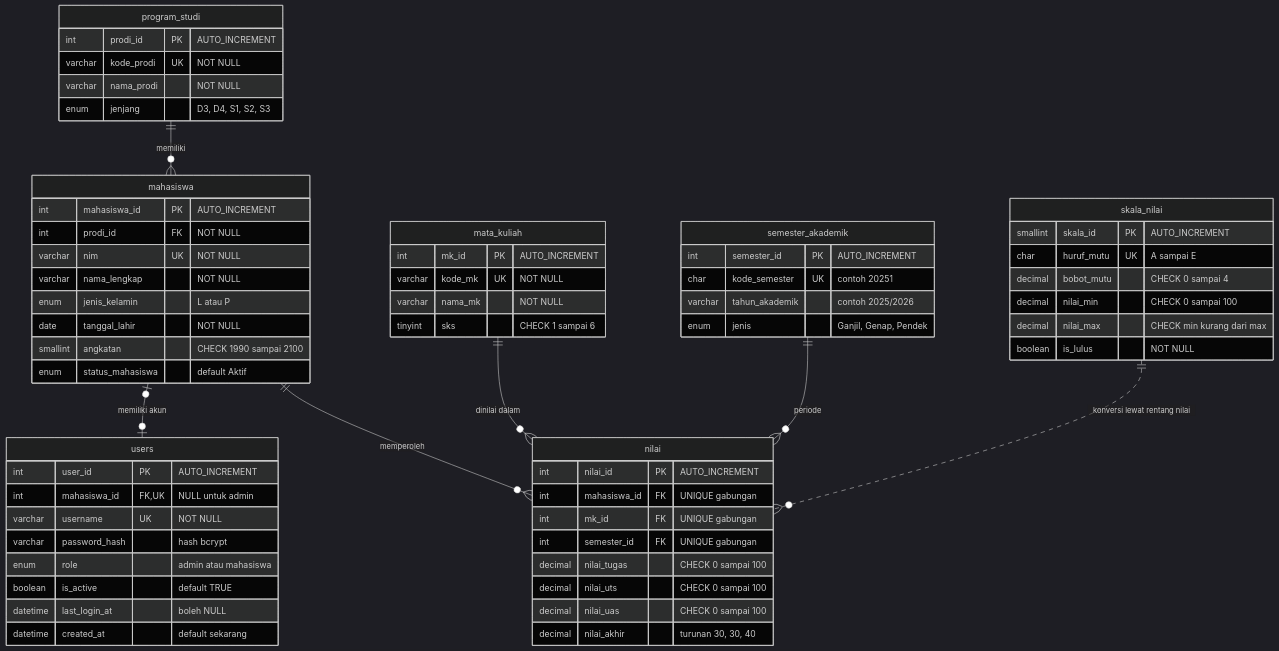
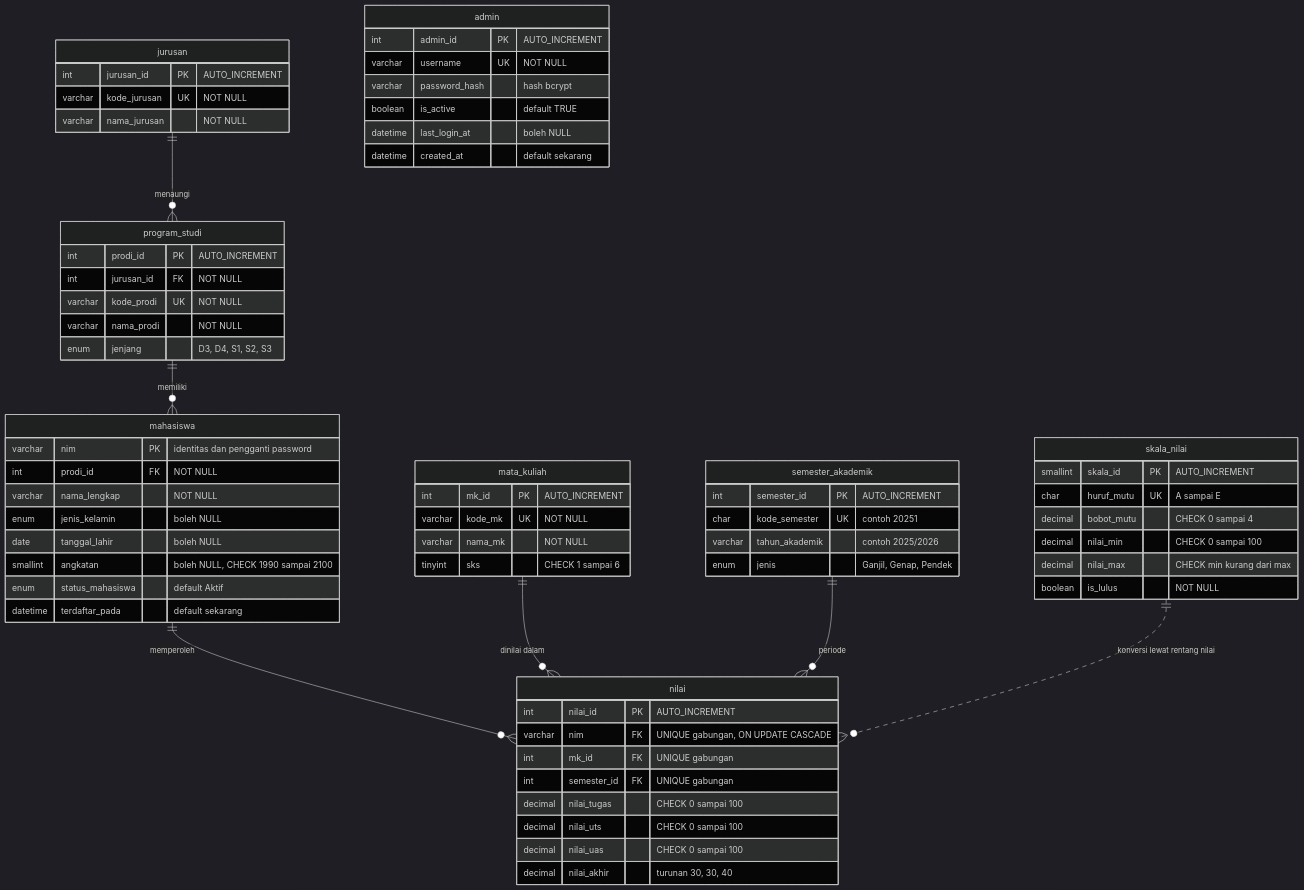
One commit to rhalstlyapp/AcademicManagementSystem changed the diagram in README.md. Above: the diagram before and after it, drawn with Mermaid (dark theme). The commit also changed other lines of this file and 26 other files, not shown here.

````diff
--- a/README.md
+++ b/README.md
@@ -46,66 +55,70 @@
 ```mermaid
 erDiagram
+    jurusan ||--o{ program_studi : "menaungi"
     program_studi ||--o{ mahasiswa : "memiliki"
     mahasiswa ||--o{ nilai : "memperoleh"
     mata_kuliah ||--o{ nilai : "dinilai dalam"
     semester_akademik ||--o{ nilai : "periode"
     skala_nilai ||..o{ nilai : "konversi lewat rentang nilai"
-    mahasiswa |o--o| users : "memiliki akun"
 
+    jurusan {
+        int jurusan_id PK "AUTO_INCREMENT"
+        varchar kode_jurusan UK "NOT NULL"
+        varchar nama_jurusan "NOT NULL"
+    }
     program_studi {
         int prodi_id PK "AUTO_INCREMENT"
+        int jurusan_id FK "NOT NULL"
         varchar kode_prodi UK "NOT NULL"
         varchar nama_prodi "NOT NULL"
         enum jenjang "D3, D4, S1, S2, S3"
     }
     mahasiswa {
-        int mahasiswa_id PK "AUTO_INCREMENT"
+        varchar nim PK "identitas dan pengganti password"
         int prodi_id FK "NOT NULL"
-        varchar nim UK "NOT NULL"
         varchar nama_lengkap "NOT NULL"
-        enum jenis_kelamin "L atau P"
-        date tanggal_lahir "NOT NULL"
-        smallint angkatan "CHECK 1990 sampai 2100"
+        enum jenis_kelamin "boleh NULL"
+        date tanggal_lahir "boleh NULL"
+        smallint angkatan "boleh NULL, CHECK 1990 sampai 2100"
         enum status_mahasiswa "default Aktif"
+        datetime terdaftar_pada "default sekarang"
     }
-    users {
-        int user_id PK "AUTO_INCREMENT"
-        int mahasiswa_id FK, UK "NULL untuk admin"
+    admin {
+        int admin_id PK "AUTO_INCREMENT"
         varchar username UK "NOT NULL"
         varchar password_hash "hash bcrypt"
-        enum role "admin atau mahasiswa"
         boolean is_active "default TRUE"
         datetime last_login_at "boleh NULL"
         datetime created_at "default sekarang"
     }
     mata_kuliah {
         int mk_id PK "AUTO_INCREMENT"
         varchar kode_mk UK "NOT NULL"
         varchar nama_mk "NOT NULL"
         tinyint sks "CHECK 1 sampai 6"
     }
     semester_akademik {
         int semester_id PK "AUTO_INCREMENT"
         char kode_semester UK "contoh 20251"
         varchar tahun_akademik "contoh 2025/2026"
         enum jenis "Ganjil, Genap, Pendek"
     }
     skala_nilai {
         smallint skala_id PK "AUTO_INCREMENT"
         char huruf_mutu UK "A sampai E"
         decimal bobot_mutu "CHECK 0 sampai 4"
         decimal nilai_min "CHECK 0 sampai 100"
         decimal nilai_max "CHECK min kurang dari max"
         boolean is_lulus "NOT NULL"
     }
     nilai {
         int nilai_id PK "AUTO_INCREMENT"
-        int mahasiswa_id FK "UNIQUE gabungan"
+        varchar nim FK "UNIQUE gabungan, ON UPDATE CASCADE"
         int mk_id FK "UNIQUE gabungan"
         int semester_id FK "UNIQUE gabungan"
         decimal nilai_tugas "CHECK 0 sampai 100"
         decimal nilai_uts "CHECK 0 sampai 100"
         decimal nilai_uas "CHECK 0 sampai 100"
         decimal nilai_akhir "turunan 30, 30, 40"
     }
 ```
````
